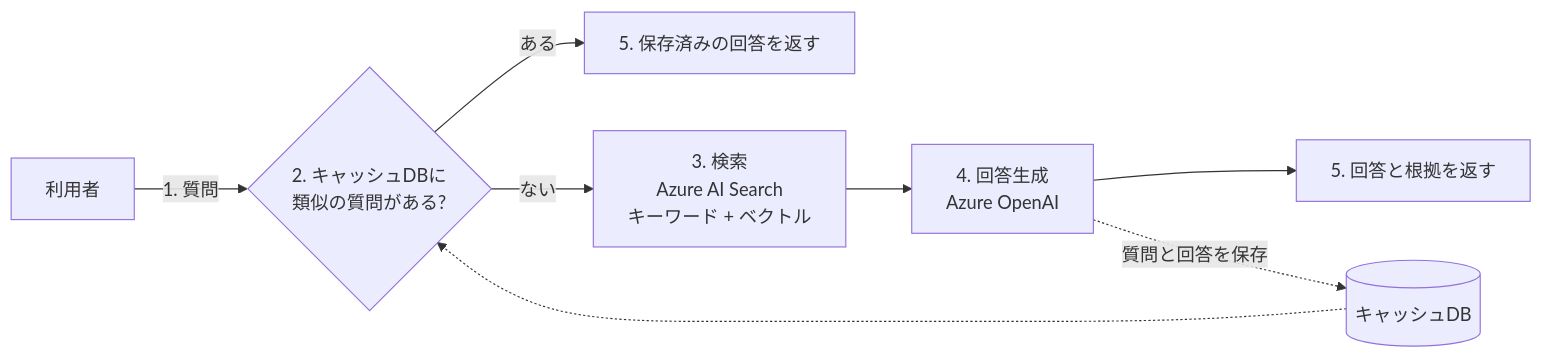
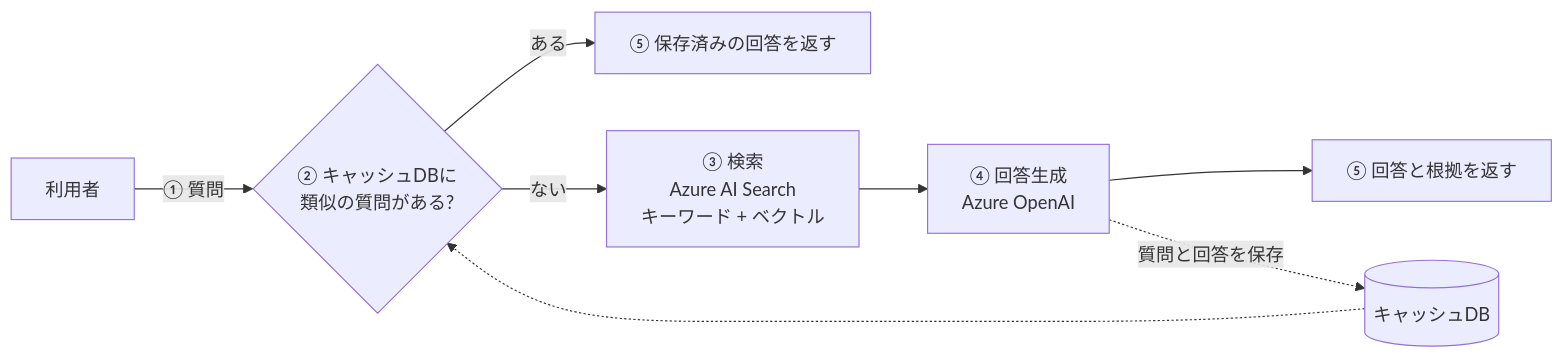
The first of 2 diagrams in README.md (Natto2026/AI-Intern-2026), drawn with Mermaid before and after one commit. The commit also changed other lines of this file, not shown here.

Commit message:
README の文体を揃え、図のラベルと期間の表記、総合スコアの注記を直す

````diff
--- a/README.md
+++ b/README.md
@@ -46,10 +46,10 @@
 ```mermaid
 flowchart LR
-    U[利用者] -->|1. 質問| C{2. キャッシュDBに<br>類似の質問がある?}
-    C -->|ある| A1[5. 保存済みの回答を返す]
-    C -->|ない| S[3. 検索<br>Azure AI Search<br>キーワード + ベクトル]
-    S --> G[4. 回答生成<br>Azure OpenAI]
-    G --> A2[5. 回答と根拠を返す]
+    U[利用者] -->|① 質問| C{② キャッシュDBに<br>類似の質問がある?}
+    C -->|ある| A1[⑤ 保存済みの回答を返す]
+    C -->|ない| S[③ 検索<br>Azure AI Search<br>キーワード + ベクトル]
+    S --> G[④ 回答生成<br>Azure OpenAI]
+    G --> A2[⑤ 回答と根拠を返す]
     G -.質問と回答を保存.-> K[(キャッシュDB)]
     K -.-> C
 ```
````
